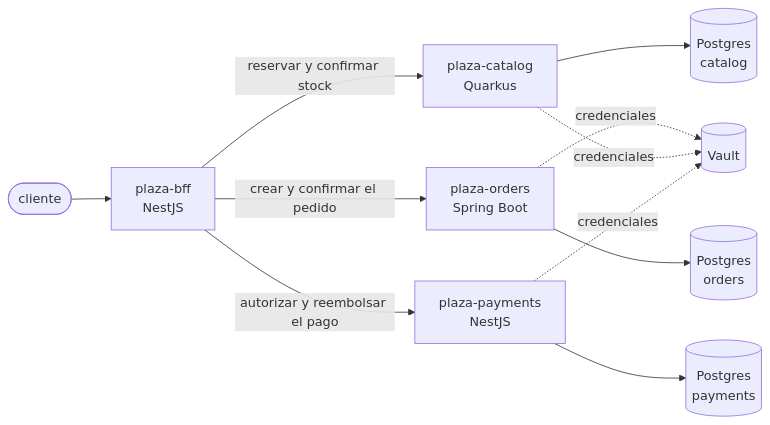
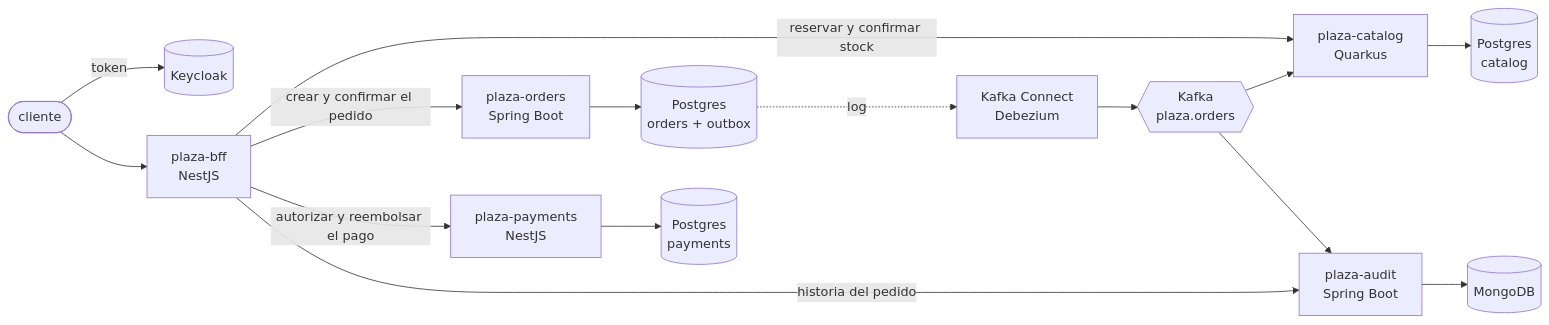
The diagram in README.md (ahincho/nova-plaza-01-shared-platform), drawn with Mermaid before and after one commit. The commit also changed other lines of this file, not shown here.

Commit message:
docs: describe the order events, the audit and the ten-minute demo

````diff
--- a/README.md
+++ b/README.md
@@ -23,13 +24,17 @@
 ```mermaid
 flowchart LR
-    client([cliente]) --> bff[plaza-bff<br/>NestJS]
+    client([cliente]) -->|token| keycloak[(Keycloak)]
+    client --> bff[plaza-bff<br/>NestJS]
     bff -->|reservar y confirmar stock| catalog[plaza-catalog<br/>Quarkus]
     bff -->|crear y confirmar el pedido| orders[plaza-orders<br/>Spring Boot]
     bff -->|autorizar y reembolsar el pago| payments[plaza-payments<br/>NestJS]
+    bff -->|historia del pedido| audit[plaza-audit<br/>Spring Boot]
+    orders --> ordersdb[(Postgres<br/>orders + outbox)]
+    ordersdb -. log .-> debezium[Kafka Connect<br/>Debezium]
+    debezium --> kafka{{Kafka<br/>plaza.orders}}
+    kafka --> catalog
+    kafka --> audit
     catalog --> catalogdb[(Postgres<br/>catalog)]
-    orders --> ordersdb[(Postgres<br/>orders)]
     payments --> paymentsdb[(Postgres<br/>payments)]
-    orders -. credenciales .-> vault[(Vault)]
-    catalog -. credenciales .-> vault
-    payments -. credenciales .-> vault
+    audit --> auditdb[(MongoDB)]
 ```
````
